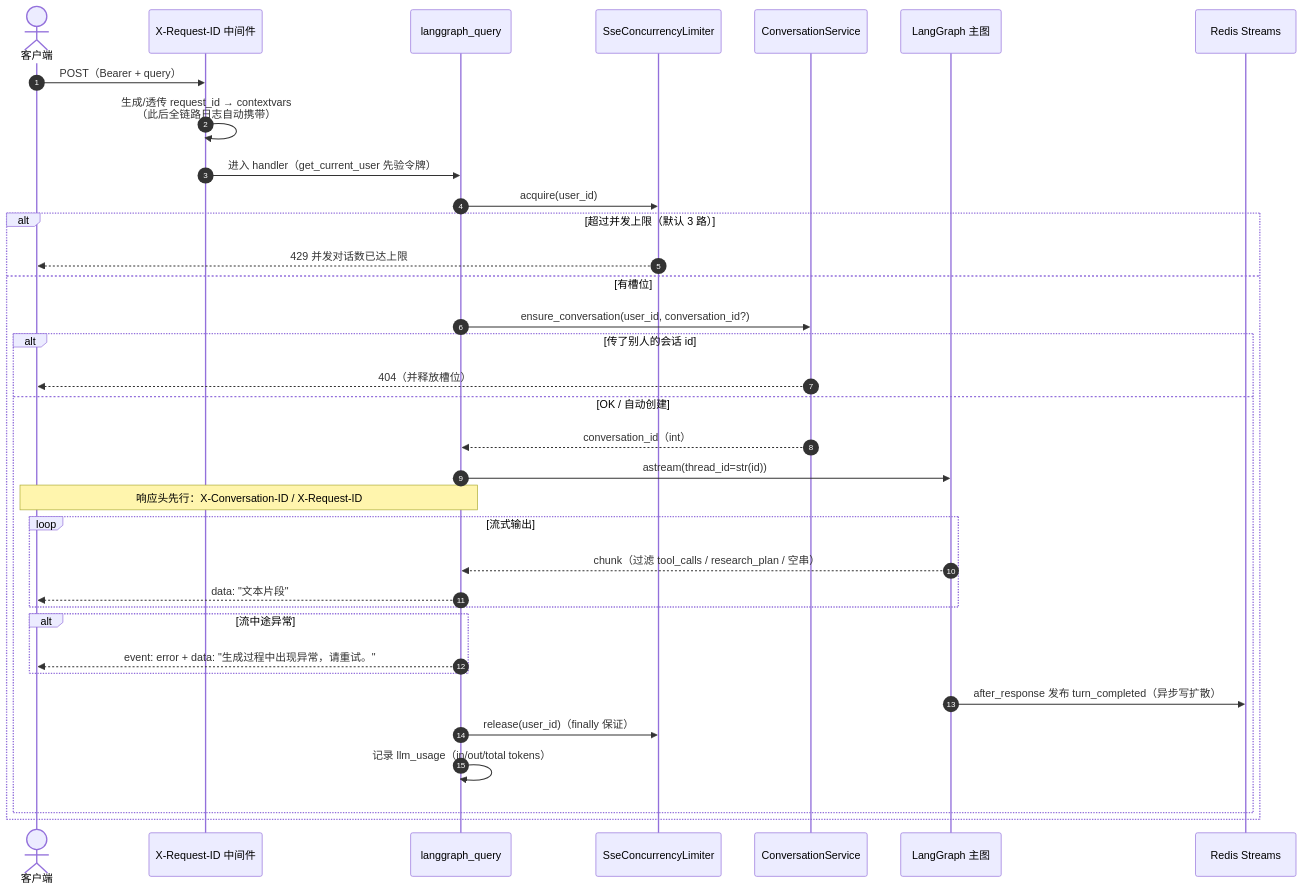
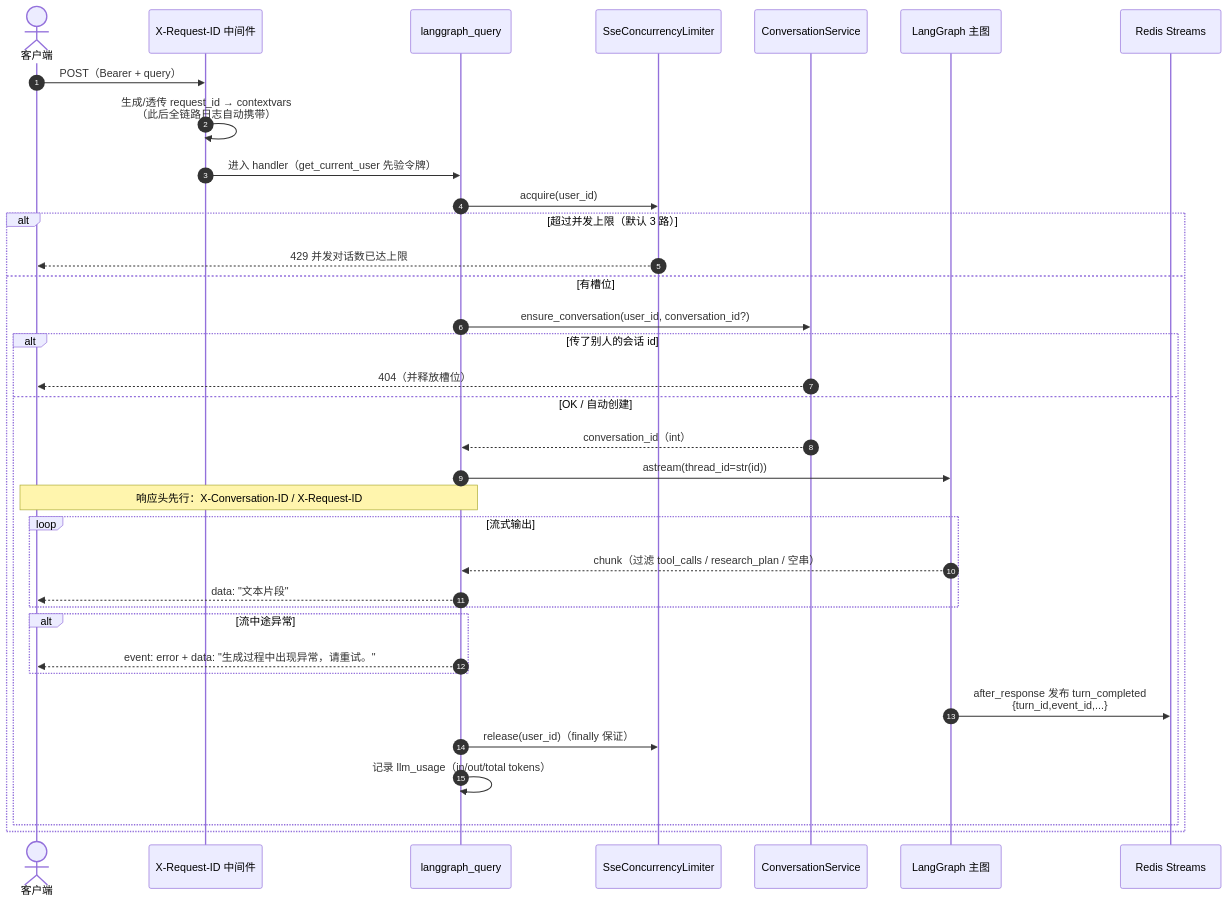
Before and after one commit to bitladykiller/-: the fifth of 5 diagrams in docs/modules/02-API接口.md, drawn with Mermaid. The commit also changed other lines of this file and 19 other files, not shown here.

````diff
--- a/docs/modules/02-API接口.md
+++ b/docs/modules/02-API接口.md
@@ -448,38 +467,38 @@
 ```mermaid
 sequenceDiagram
     autonumber
     actor U as 客户端
     participant MW as X-Request-ID 中间件
     participant EP as langgraph_query
     participant RL as SseConcurrencyLimiter
     participant CS as ConversationService
     participant G as LangGraph 主图
     participant EV as Redis Streams
 
     U->>MW: POST（Bearer + query）
     MW->>MW: 生成/透传 request_id → contextvars<br/>（此后全链路日志自动携带）
     MW->>EP: 进入 handler（get_current_user 先验令牌）
     EP->>RL: acquire(user_id)
     alt 超过并发上限（默认 3 路）
         RL-->>U: 429 并发对话数已达上限
     else 有槽位
         EP->>CS: ensure_conversation(user_id, conversation_id?)
         alt 传了别人的会话 id
             CS-->>U: 404（并释放槽位）
         else OK / 自动创建
             CS-->>EP: conversation_id（int）
             EP->>G: astream(thread_id=str(id))
             Note over EP,U: 响应头先行：X-Conversation-ID / X-Request-ID
             loop 流式输出
                 G-->>EP: chunk（过滤 tool_calls / research_plan / 空串）
                 EP-->>U: data: "文本片段"
             end
             alt 流中途异常
                 EP-->>U: event: error + data: "生成过程中出现异常，请重试。"
             end
-            G->>EV: after_response 发布 turn_completed（异步写扩散）
+            G->>EV: after_response 发布 turn_completed<br/>{turn_id,event_id,...}
             EP->>RL: release(user_id)（finally 保证）
             EP->>EP: 记录 llm_usage（in/out/total tokens）
         end
     end
 ```
````
